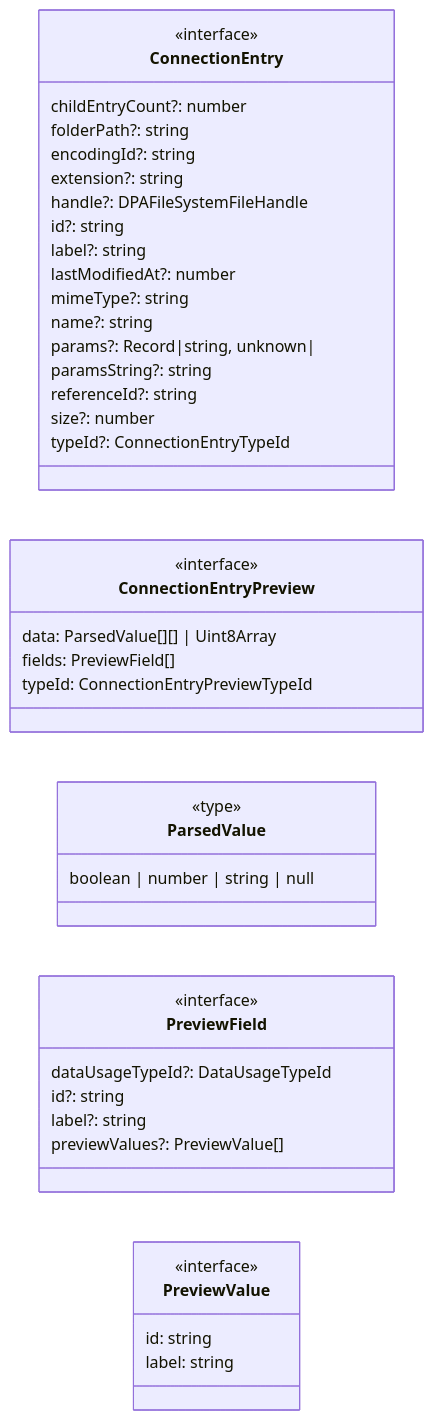
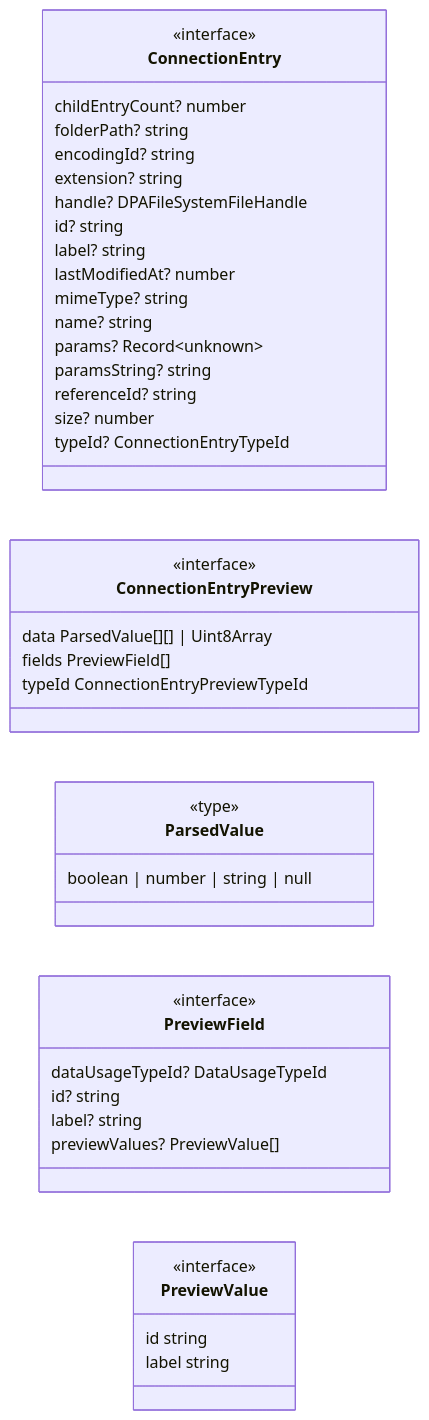
One commit to data-positioning/datapos-shared changed the fourth of 5 diagrams in README.md. Above: the diagram before and after it, drawn with Mermaid. The commit also changed other lines of this file and 1 other file, not shown here.

````diff
--- a/README.md
+++ b/README.md
@@ -172,49 +174,49 @@
 ```mermaid
 classDiagram
     direction RL
 
     class ConnectionEntry {
         <<interface>>
-        childEntryCount?: number
-        folderPath?: string
-        encodingId?: string
-        extension?: string
-        handle?: DPAFileSystemFileHandle
-        id?: string
-        label?: string
-        lastModifiedAt?: number
-        mimeType?: string
-        name?: string
-        params?: Record|string, unknown|
-        paramsString?: string
-        referenceId?: string
-        size?: number
-        typeId?: ConnectionEntryTypeId
+        childEntryCount? number
+        folderPath? string
+        encodingId? string
+        extension? string
+        handle? DPAFileSystemFileHandle
+        id? string
+        label? string
+        lastModifiedAt? number
+        mimeType? string
+        name? string
+        params? Record~unknown~
+        paramsString? string
+        referenceId? string
+        size? number
+        typeId? ConnectionEntryTypeId
     }
 
     class ConnectionEntryPreview {
         <<interface>>
-        data: ParsedValue[][] | Uint8Array
-        fields: PreviewField[]
-        typeId: ConnectionEntryPreviewTypeId
+        data ParsedValue[][] | Uint8Array
+        fields PreviewField[]
+        typeId ConnectionEntryPreviewTypeId
     }
 
     class ParsedValue {
         <<type>>
         boolean | number | string | null
     }
 
     class PreviewField {
         <<interface>>
-        dataUsageTypeId?: DataUsageTypeId
-        id?: string
-        label?: string
-        previewValues?: PreviewValue[]
+        dataUsageTypeId? DataUsageTypeId
+        id? string
+        label? string
+        previewValues? PreviewValue[]
     }
 
     class PreviewValue {
         <<interface>>
-        id: string
-        label: string
+        id string
+        label string
     }
 ```
````
